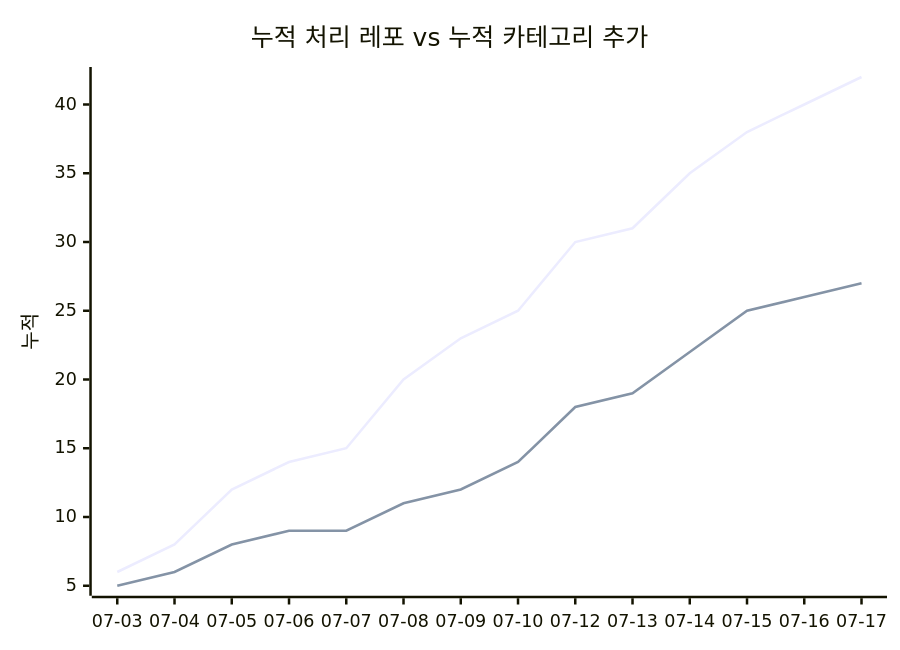
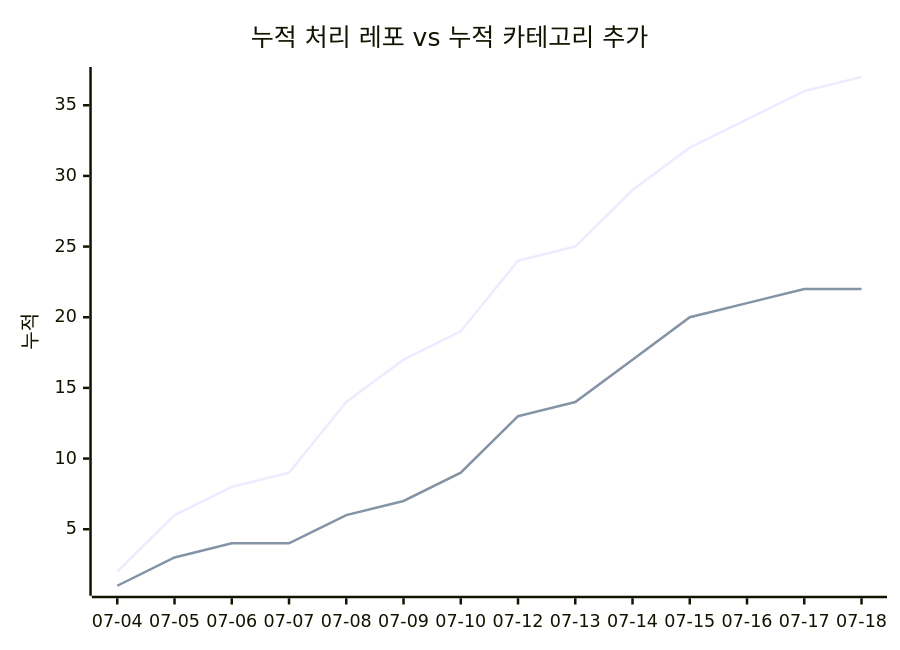
Before and after one commit to J-nowcow/awesome-korean-agent-skills: the second of 2 diagrams in docs/trends.md, drawn with Mermaid. The commit also changed other lines of this file and 2 other files, not shown here.

````diff
--- a/docs/trends.md
+++ b/docs/trends.md
@@ -68,8 +68,8 @@
 ```mermaid
 xychart-beta
     title "누적 처리 레포 vs 누적 카테고리 추가"
-    x-axis ["07-03","07-04","07-05","07-06","07-07","07-08","07-09","07-10","07-12","07-13","07-14","07-15","07-16","07-17"]
+    x-axis ["07-04","07-05","07-06","07-07","07-08","07-09","07-10","07-12","07-13","07-14","07-15","07-16","07-17","07-18"]
     y-axis "누적"
-    line [6,8,12,14,15,20,23,25,30,31,35,38,40,42]
-    line [5,6,8,9,9,11,12,14,18,19,22,25,26,27]
+    line [2,6,8,9,14,17,19,24,25,29,32,34,36,37]
+    line [1,3,4,4,6,7,9,13,14,17,20,21,22,22]
 ```
````
